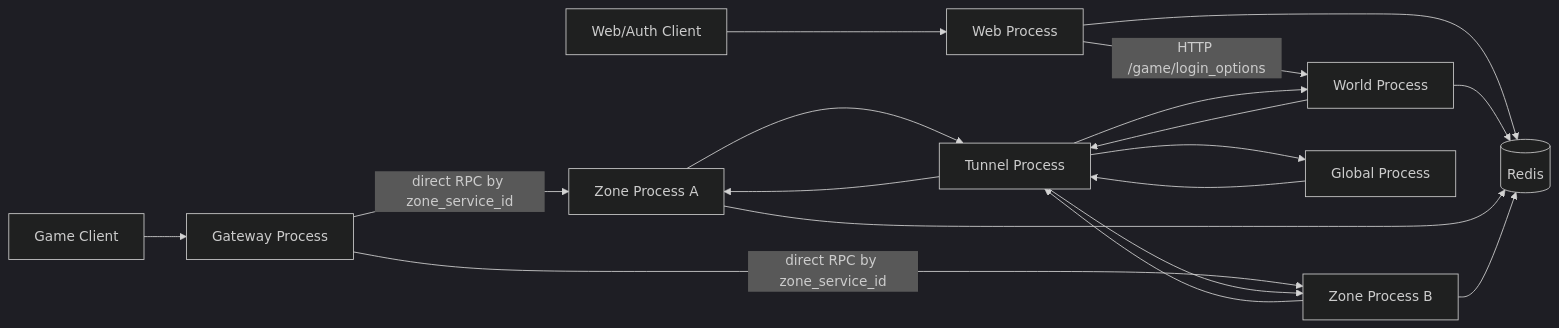
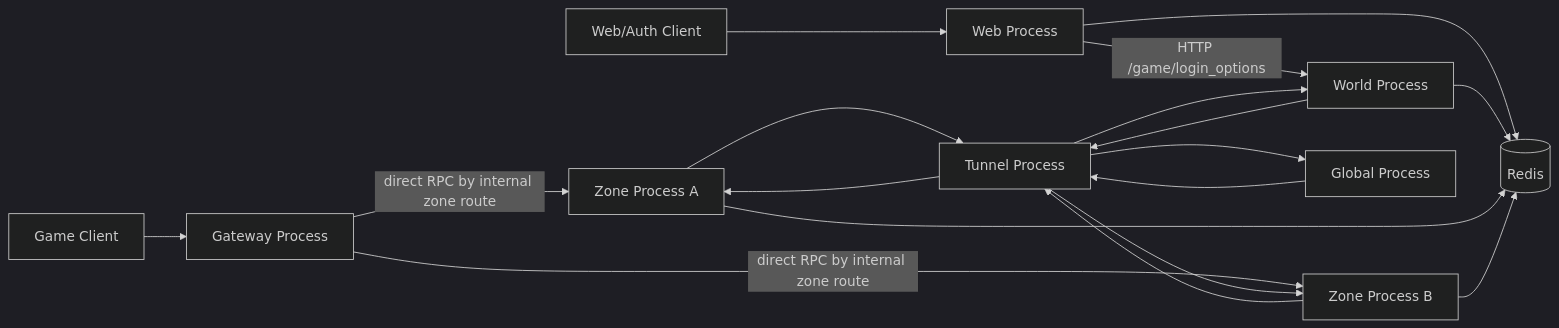
Before and after one commit to freshman1997/server-lib: the first of 4 diagrams in libs/game/server/README.md, drawn with Mermaid (dark theme). The commit also changed other lines of this file and 138 other files, not shown here.

````diff
--- a/libs/game/server/README.md
+++ b/libs/game/server/README.md
@@ -46,23 +49,23 @@
 ```mermaid
 flowchart LR
     Client[Game Client] --> Gateway[Gateway Process]
     Browser[Web/Auth Client] --> Web[Web Process]
     Web -->|HTTP /game/login_options| World[World Process]
 
-    Gateway -->|direct RPC by zone_service_id| ZoneA[Zone Process A]
-    Gateway -->|direct RPC by zone_service_id| ZoneB[Zone Process B]
+    Gateway -->|direct RPC by internal zone route| ZoneA[Zone Process A]
+    Gateway -->|direct RPC by internal zone route| ZoneB[Zone Process B]
 
     Global[Global Process] --> Tunnel[Tunnel Process]
     World --> Tunnel
     ZoneA --> Tunnel
     ZoneB --> Tunnel
     Tunnel --> Global
     Tunnel --> World
     Tunnel --> ZoneA
     Tunnel --> ZoneB
 
     Web --> Redis[(Redis)]
     World --> Redis
     ZoneA --> Redis
     ZoneB --> Redis
 ```
````
